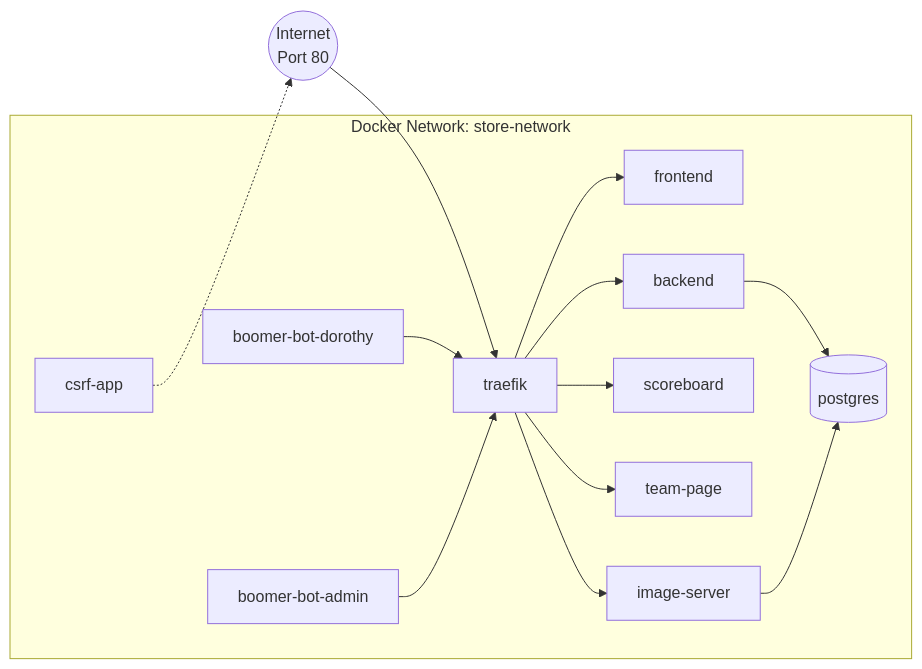
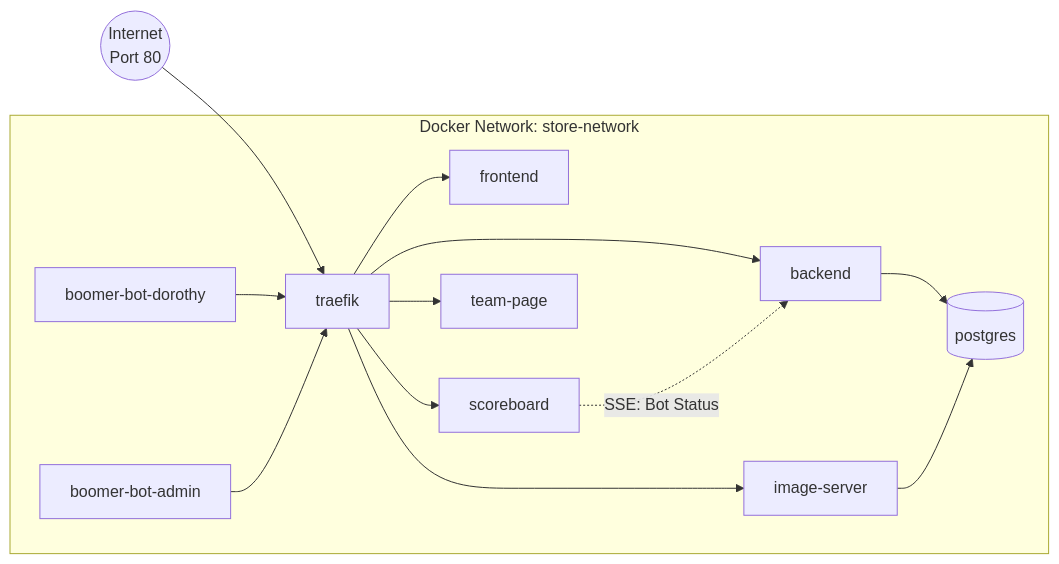
One commit to QuickGlitch/HackathonChallenge changed the second of 5 diagrams in ARCHITECTURE.md. Above: the diagram before and after it, drawn with Mermaid. The commit also changed other lines of this file and 1 other file, not shown here.

Commit message:
diagram updates

````diff
--- a/ARCHITECTURE.md
+++ b/ARCHITECTURE.md
@@ -169,27 +148,26 @@
 ```mermaid
 graph LR
     subgraph "Docker Network: store-network"
         T[traefik]
         F[frontend]
         B[backend]
         S[scoreboard]
         TP[team-page]
         I[image-server]
         P[(postgres)]
         D[boomer-bot-dorothy]
         A[boomer-bot-admin]
-        C[csrf-app]
     end
     
     Internet((Internet<br/>Port 80)) --> T
     T --> F
     T --> B
     T --> S
     T --> TP
     T --> I
     B --> P
     I --> P
     D --> T
     A --> T
-    C -.-> Internet
+    S -.->|SSE: Bot Status| B
 ```
````
